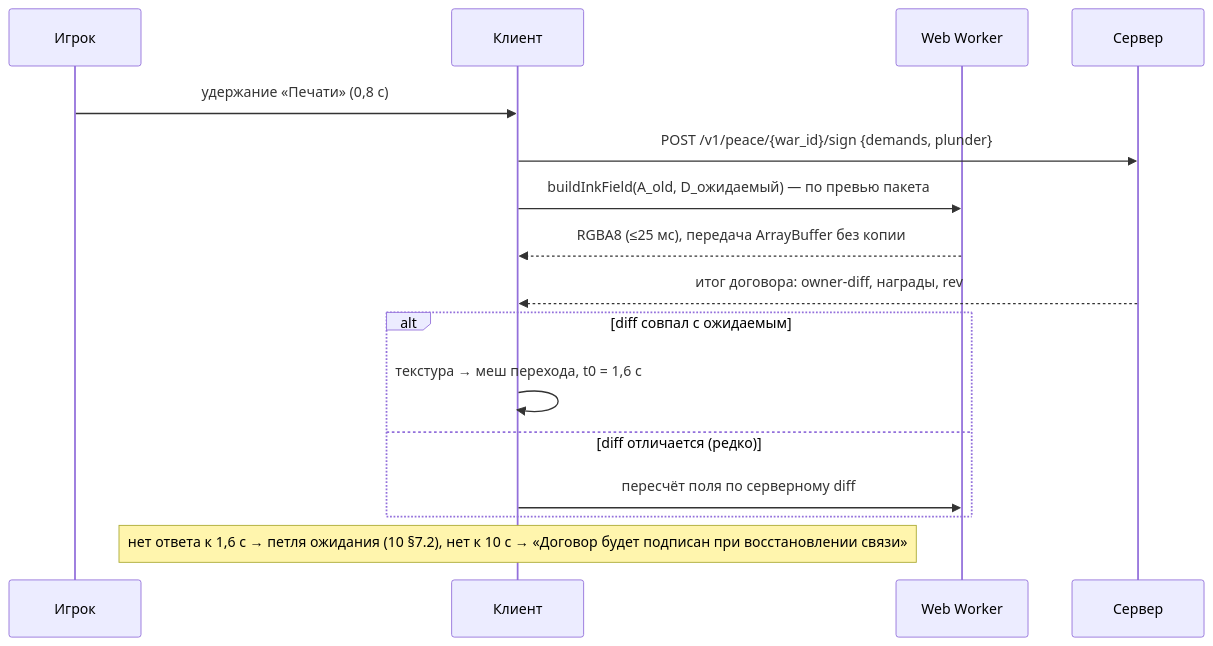
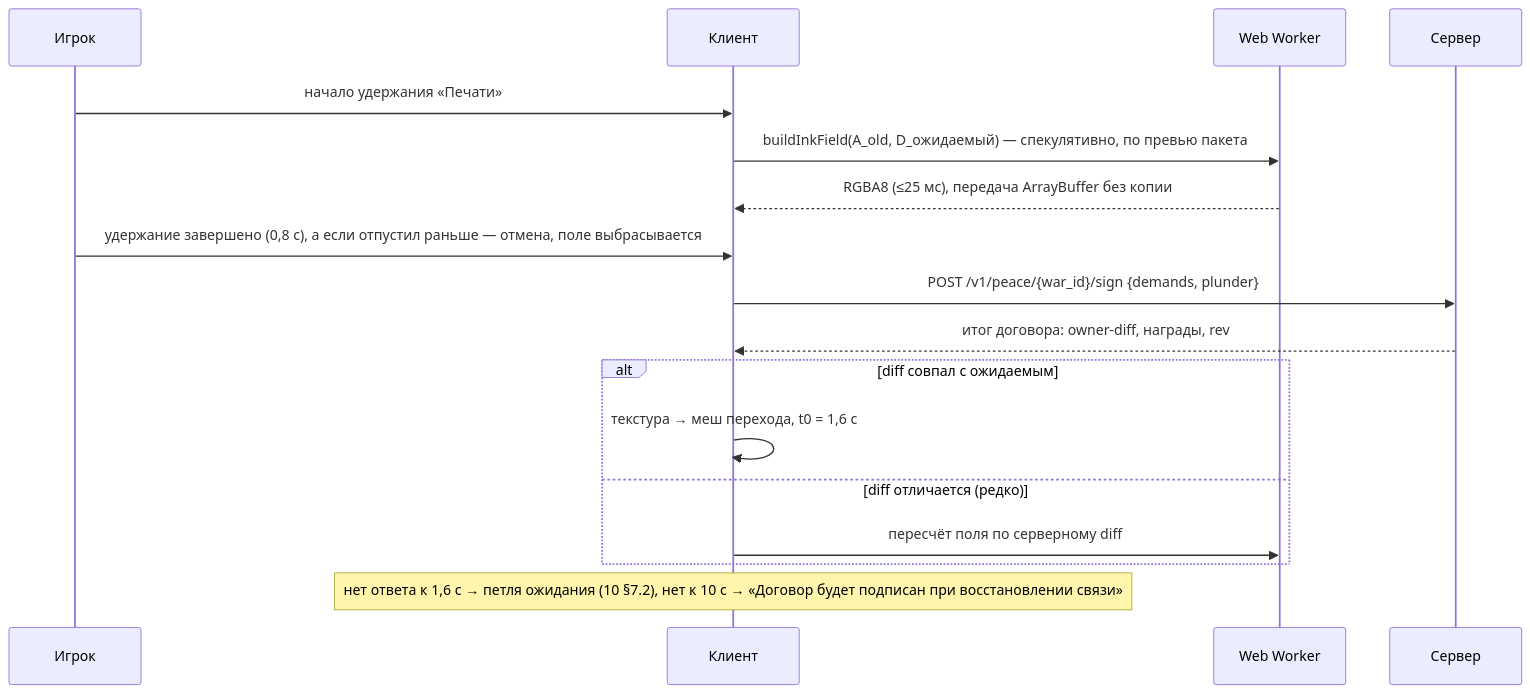
The fifth of 14 diagrams in docs/gdd/12_tech_analytics_roadmap.md (kaboomenko/Raivon), drawn with Mermaid before and after one commit. The commit also changed other lines of this file and 1 other file, not shown here.

````diff
--- a/docs/gdd/12_tech_analytics_roadmap.md
+++ b/docs/gdd/12_tech_analytics_roadmap.md
@@ -556,18 +556,19 @@
 ```mermaid
 sequenceDiagram
   participant U as Игрок
   participant C as Клиент
   participant W as Web Worker
   participant S as Сервер
-  U->>C: удержание «Печати» (0,8 с)
+  U->>C: начало удержания «Печати»
+  C->>W: buildInkField(A_old, D_ожидаемый) — спекулятивно, по превью пакета
+  W-->>C: RGBA8 (≤25 мс), передача ArrayBuffer без копии
+  U->>C: удержание завершено (0,8 с), а если отпустил раньше — отмена, поле выбрасывается
   C->>S: POST /v1/peace/{war_id}/sign {demands, plunder}
-  C->>W: buildInkField(A_old, D_ожидаемый) — по превью пакета
-  W-->>C: RGBA8 (≤25 мс), передача ArrayBuffer без копии
   S-->>C: итог договора: owner-diff, награды, rev
   alt diff совпал с ожидаемым
     C->>C: текстура → меш перехода, t0 = 1,6 с
   else diff отличается (редко)
     C->>W: пересчёт поля по серверному diff
   end
   Note over C: нет ответа к 1,6 с → петля ожидания (10 §7.2), нет к 10 с → «Договор будет подписан при восстановлении связи»
 ```
````
